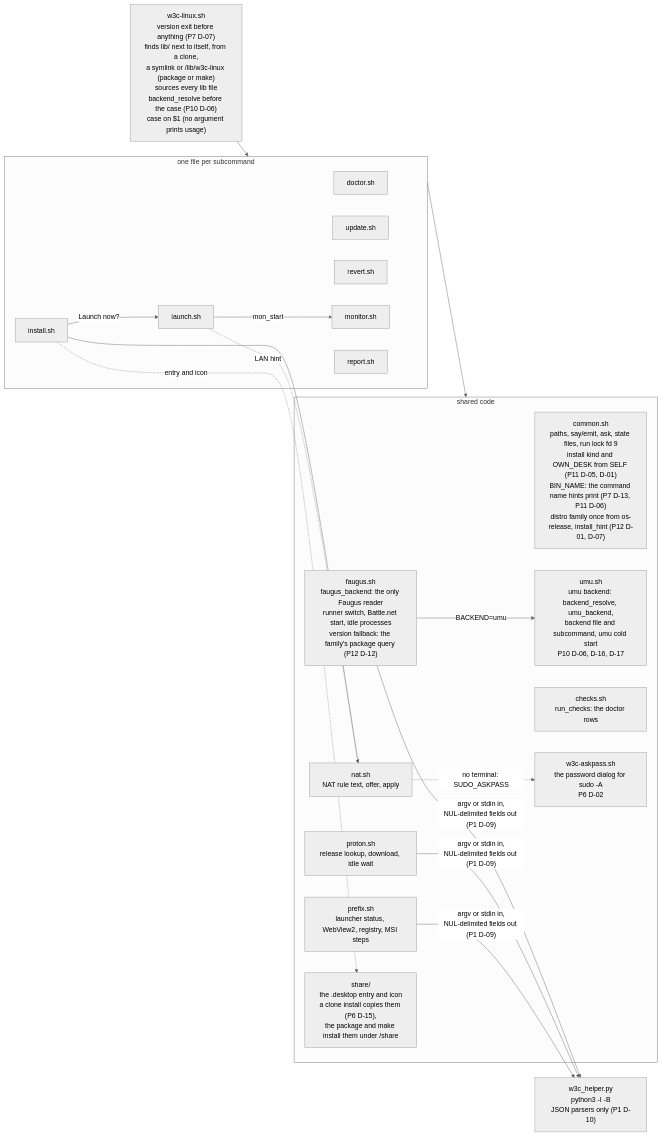
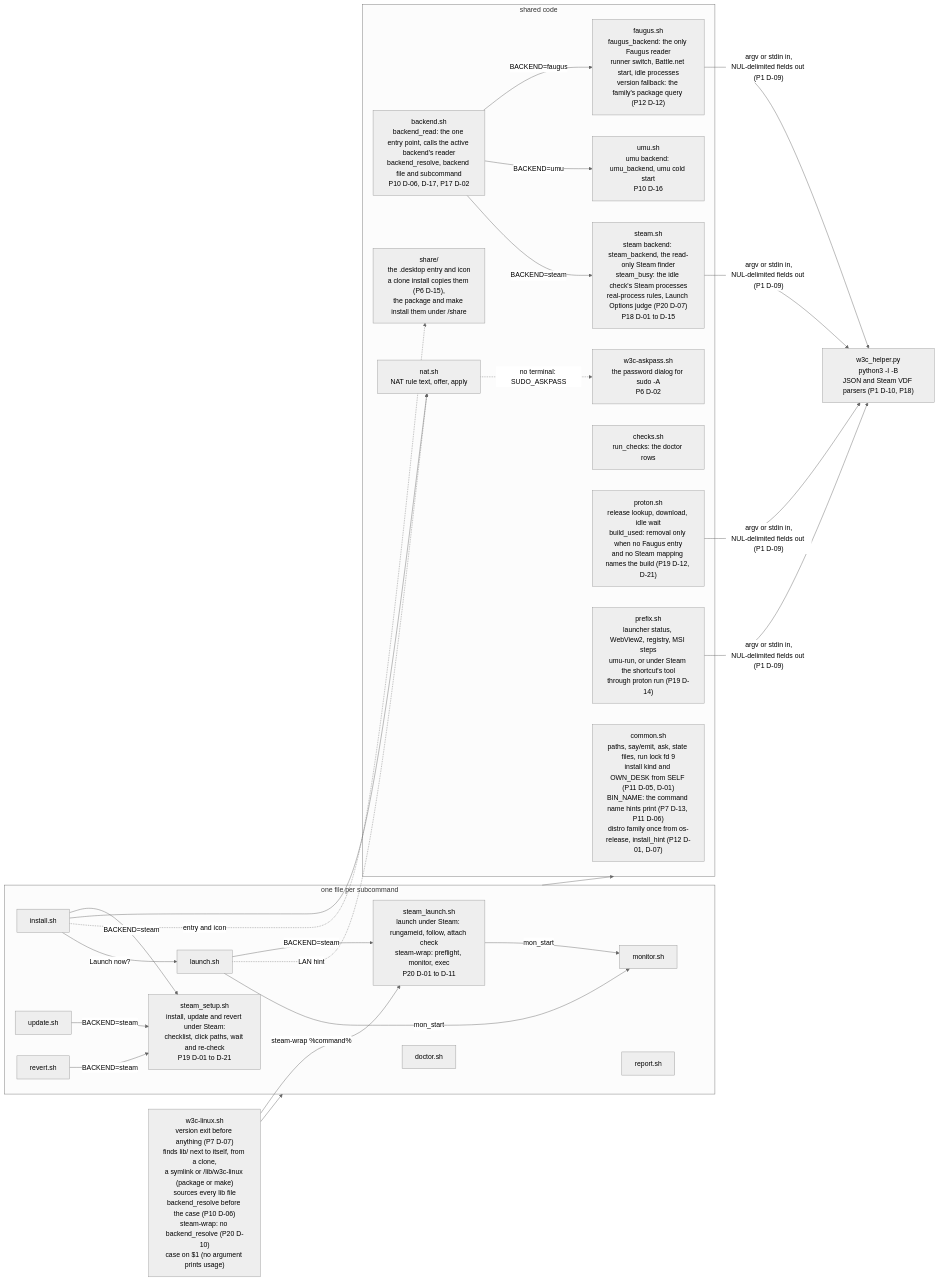
One commit to Nikita-Bombela/w3c-arch-linux changed the first of 14 diagrams in docs/ARCHITECTURE.md. Above: the diagram before and after it, drawn with Mermaid (neutral theme). The commit also changed other lines of this file and 60 other files, not shown here.

Commit message:
Release 1.0.0: Steam backend, Copr and OBS repositories

````diff
--- a/docs/ARCHITECTURE.md
+++ b/docs/ARCHITECTURE.md
@@ -12,39 +12,49 @@
 ```mermaid
 flowchart LR
-    entry["w3c-linux.sh<br/>version exit before anything (P7 D-07)<br/>finds lib/ next to itself, from a clone,<br/>a symlink or <prefix>/lib/w3c-linux (package or make)<br/>sources every lib file<br/>backend_resolve before the case (P10 D-06)<br/>case on $1 (no argument prints usage)"]
+    entry["w3c-linux.sh<br/>version exit before anything (P7 D-07)<br/>finds lib/ next to itself, from a clone,<br/>a symlink or <prefix>/lib/w3c-linux (package or make)<br/>sources every lib file<br/>backend_resolve before the case (P10 D-06)<br/>steam-wrap: no backend_resolve (P20 D-10)<br/>case on $1 (no argument prints usage)"]
 
     subgraph cmds["one file per subcommand"]
         doctor[doctor.sh]
         install[install.sh]
         update[update.sh]
         revert[revert.sh]
         launch[launch.sh]
         monitor[monitor.sh]
         report[report.sh]
+        steamsetup["steam_setup.sh<br/>install, update and revert under Steam:<br/>checklist, click paths, wait and re-check<br/>P19 D-01 to D-21"]
+        steamlaunch["steam_launch.sh<br/>launch under Steam: rungameid, follow, attach check<br/>steam-wrap: preflight, monitor, exec<br/>P20 D-01 to D-11"]
     end
 
     subgraph shared["shared code"]
         common["common.sh<br/>paths, say/emit, ask, state files, run lock fd 9<br/>install kind and OWN_DESK from SELF (P11 D-05, D-01)<br/>BIN_NAME: the command name hints print (P7 D-13, P11 D-06)<br/>distro family once from os-release, install_hint (P12 D-01, D-07)"]
+        backend["backend.sh<br/>backend_read: the one entry point, calls the active backend's reader<br/>backend_resolve, backend file and subcommand<br/>P10 D-06, D-17, P17 D-02"]
         faugus["faugus.sh<br/>faugus_backend: the only Faugus reader<br/>runner switch, Battle.net start, idle processes<br/>version fallback: the family's package query (P12 D-12)"]
-        umu["umu.sh<br/>umu backend: backend_resolve, umu_backend,<br/>backend file and subcommand, umu cold start<br/>P10 D-06, D-16, D-17"]
+        steam["steam.sh<br/>steam backend: steam_backend, the read-only Steam finder<br/>steam_busy: the idle check's Steam processes<br/>real-process rules, Launch Options judge (P20 D-07)<br/>P18 D-01 to D-15"]
+        umu["umu.sh<br/>umu backend: umu_backend, umu cold start<br/>P10 D-16"]
         checks["checks.sh<br/>run_checks: the doctor rows"]
-        proton["proton.sh<br/>release lookup, download, idle wait"]
-        prefix["prefix.sh<br/>launcher status, WebView2, registry, MSI steps"]
+        proton["proton.sh<br/>release lookup, download, idle wait<br/>build_used: removal only when no Faugus entry<br/>and no Steam mapping names the build (P19 D-12, D-21)"]
+        prefix["prefix.sh<br/>launcher status, WebView2, registry, MSI steps<br/>umu-run, or under Steam the shortcut's tool<br/>through proton run (P19 D-14)"]
         nat["nat.sh<br/>NAT rule text, offer, apply"]
         askpass["w3c-askpass.sh<br/>the password dialog for sudo -A<br/>P6 D-02"]
         share["share/<br/>the .desktop entry and icon<br/>a clone install copies them (P6 D-15),<br/>the package and make install them under <prefix>/share"]
     end
 
-    py["w3c_helper.py<br/>python3 -I -B<br/>JSON parsers only (P1 D-10)"]
+    py["w3c_helper.py<br/>python3 -I -B<br/>JSON and Steam VDF parsers (P1 D-10, P18)"]
 
-    faugus -->|"BACKEND=umu"| umu
+    backend -->|"BACKEND=faugus"| faugus
+    backend -->|"BACKEND=umu"| umu
+    backend -->|"BACKEND=steam"| steam
     entry --> cmds
+    install & update & revert -->|"BACKEND=steam"| steamsetup
+    launch -->|"BACKEND=steam"| steamlaunch
+    entry -->|"steam-wrap %command%"| steamlaunch
+    steamlaunch -->|"mon_start"| monitor
     cmds --> shared
     install --> nat
     nat -.->|"no terminal: SUDO_ASKPASS"| askpass
     install -.->|"entry and icon"| share
     launch -.->|"LAN hint"| nat
     launch -->|"mon_start"| monitor
     install -->|"Launch now?"| launch
-    faugus & proton & prefix -->|"argv or stdin in,<br/>NUL-delimited fields out (P1 D-09)"| py
+    faugus & steam & proton & prefix -->|"argv or stdin in,<br/>NUL-delimited fields out (P1 D-09)"| py
 ```
````
